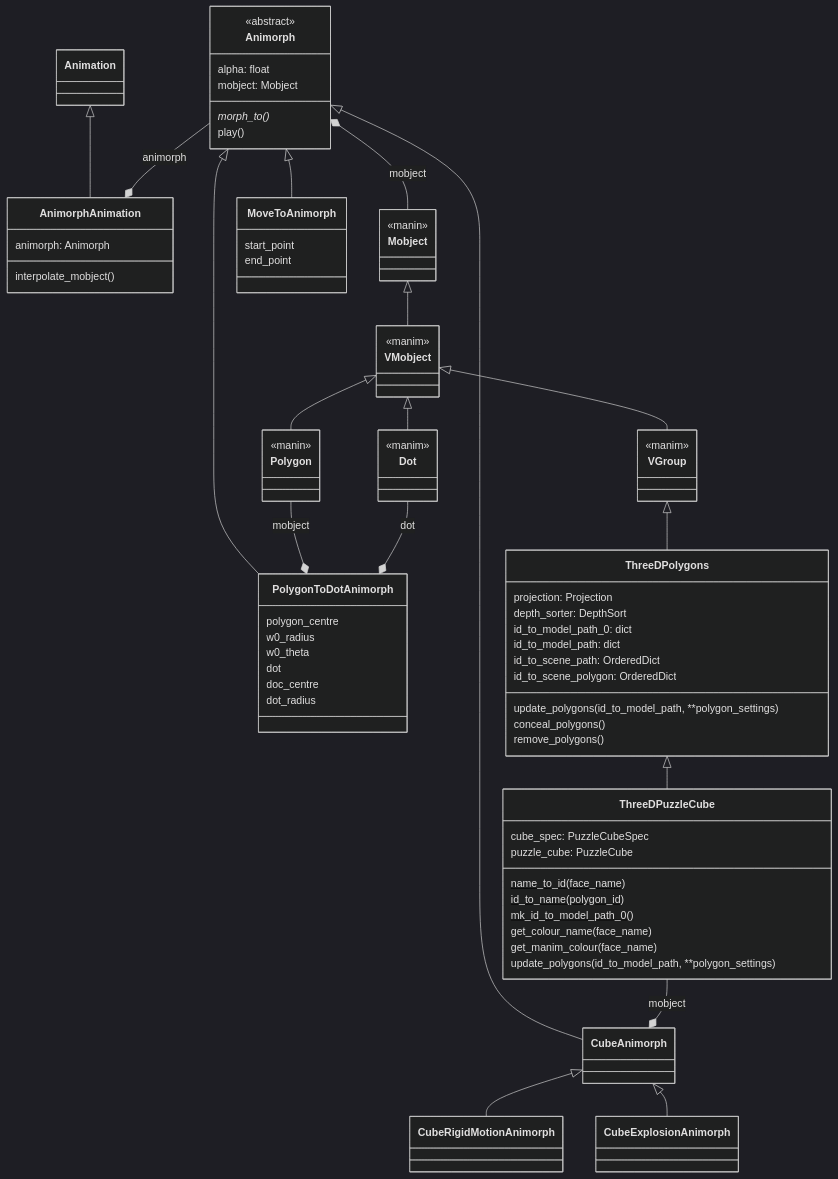
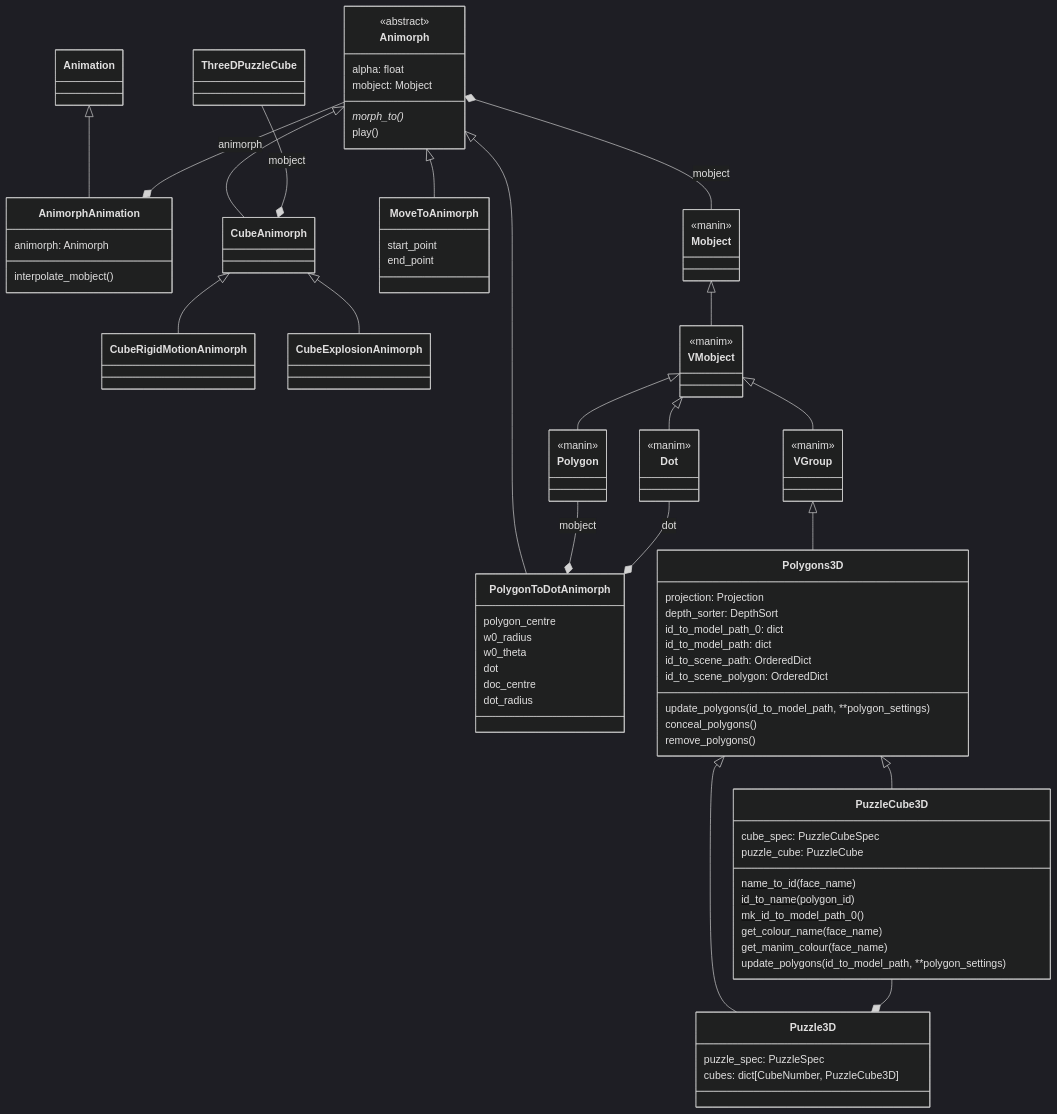
Before and after one commit to agryman/instant-insanity: the diagram in docs/uml/animators.md, drawn with Mermaid (dark theme). The commit also changed other lines of this file and 18 other files, not shown here.

```diff
--- a/docs/uml/animators.md
+++ b/docs/uml/animators.md
@@ -19,8 +19,10 @@
     Polygon --* PolygonToDotAnimorph : mobject
     Dot --* PolygonToDotAnimorph : dot
     VMobject <|-- VGroup
-    VGroup <|-- ThreeDPolygons
-    ThreeDPolygons <|-- ThreeDPuzzleCube
+    VGroup <|-- Polygons3D
+    Polygons3D <|-- PuzzleCube3D
+    Polygons3D <|-- Puzzle3D
+    PuzzleCube3D --* Puzzle3D
     
     <<manin>> Mobject
     <<manim>> VMobject
@@ -28,7 +30,7 @@
     <<manim>> Dot
     <<manin>> Polygon
     
-    class ThreeDPolygons {
+    class Polygons3D {
         projection: Projection
         depth_sorter: DepthSort
         id_to_model_path_0: dict
@@ -40,7 +42,7 @@
         remove_polygons()
     }
     
-    class ThreeDPuzzleCube {
+    class PuzzleCube3D {
         cube_spec: PuzzleCubeSpec
         puzzle_cube: PuzzleCube
         name_to_id(face_name)$
@@ -50,6 +52,11 @@
         get_manim_colour(face_name)
         update_polygons(id_to_model_path, **polygon_settings)
         
+    }
+    
+    class Puzzle3D {
+        puzzle_spec: PuzzleSpec
+        cubes: dict[CubeNumber, PuzzleCube3D]
     }
     
     class Animorph {
```
